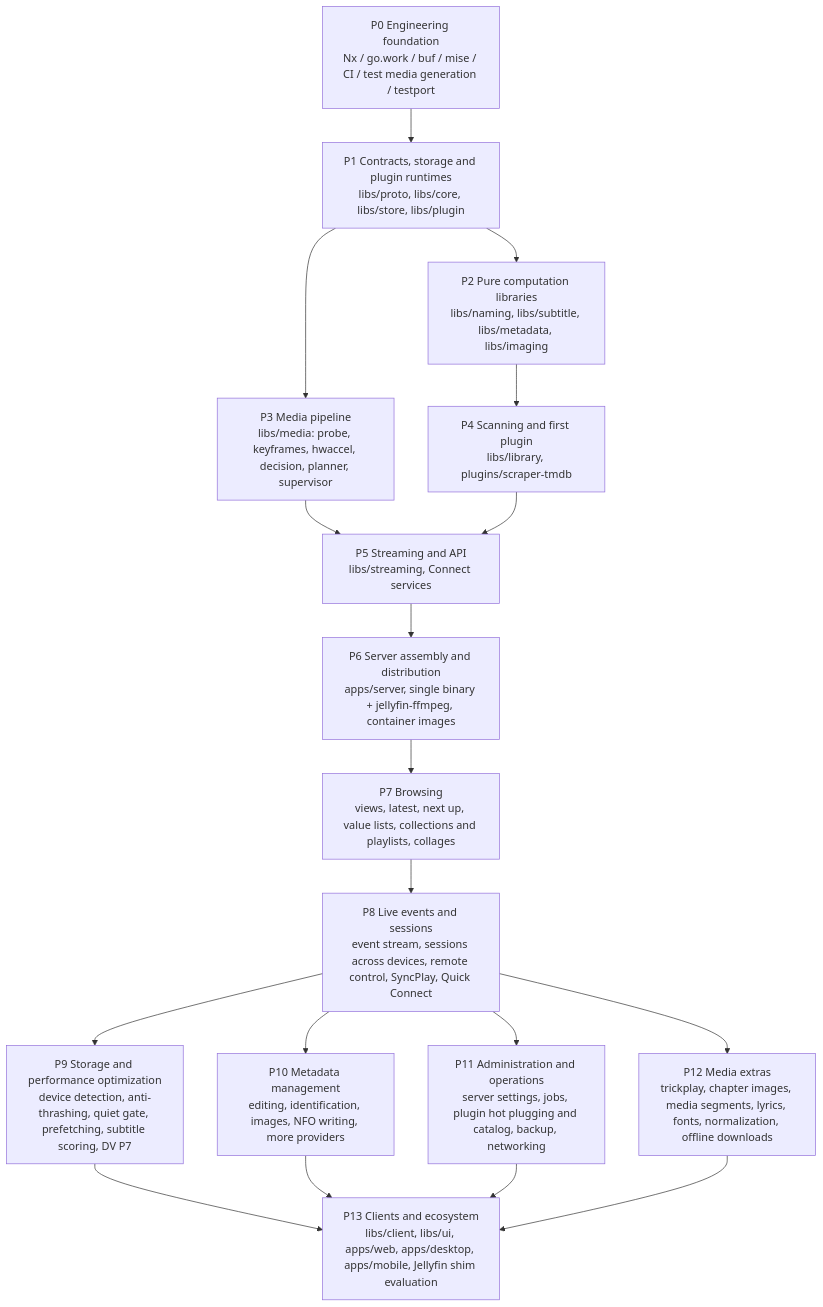
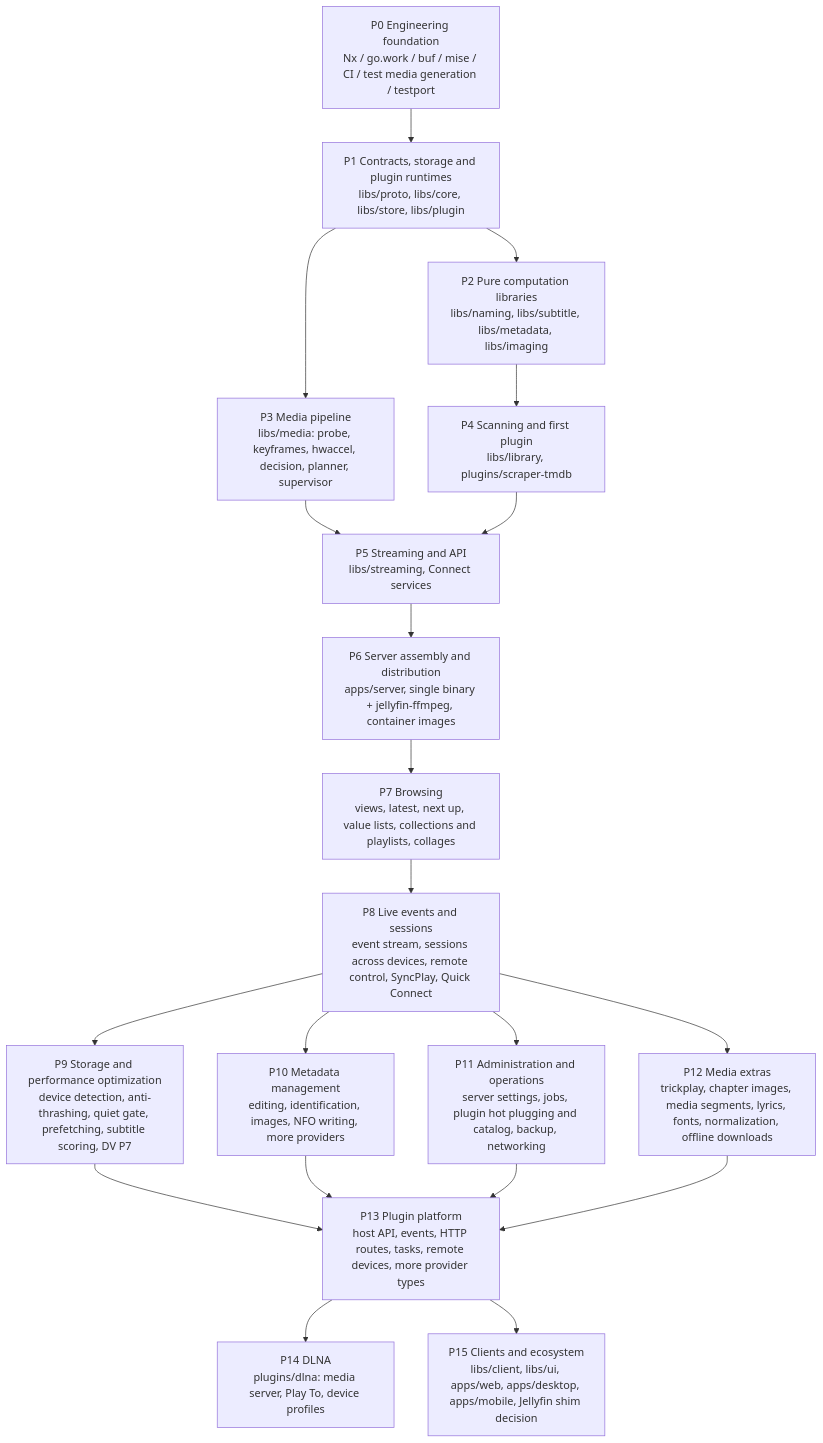
The diagram in docs/roadmap.md (mavioai/mavio), drawn with Mermaid before and after one commit. The commit also changed other lines of this file and 9 other files, not shown here.

First line of the commit message:
docs: plan the plugin platform and the DLNA plugin

````diff
--- a/docs/roadmap.md
+++ b/docs/roadmap.md
@@ -20,35 +20,39 @@
 ```mermaid
 flowchart TD
     P0["P0 Engineering foundation<br/>Nx / go.work / buf / mise / CI / test media generation / testport"]
     P1["P1 Contracts, storage and plugin runtimes<br/>libs/proto, libs/core, libs/store, libs/plugin"]
     P2["P2 Pure computation libraries<br/>libs/naming, libs/subtitle, libs/metadata, libs/imaging"]
     P3["P3 Media pipeline<br/>libs/media: probe, keyframes, hwaccel, decision, planner, supervisor"]
     P4["P4 Scanning and first plugin<br/>libs/library, plugins/scraper-tmdb"]
     P5["P5 Streaming and API<br/>libs/streaming, Connect services"]
     P6["P6 Server assembly and distribution<br/>apps/server, single binary + jellyfin-ffmpeg, container images"]
     P7["P7 Browsing<br/>views, latest, next up, value lists, collections and playlists, collages"]
     P8["P8 Live events and sessions<br/>event stream, sessions across devices, remote control, SyncPlay, Quick Connect"]
     P9["P9 Storage and performance optimization<br/>device detection, anti-thrashing, quiet gate, prefetching, subtitle scoring, DV P7"]
     P10["P10 Metadata management<br/>editing, identification, images, NFO writing, more providers"]
     P11["P11 Administration and operations<br/>server settings, jobs, plugin hot plugging and catalog, backup, networking"]
     P12["P12 Media extras<br/>trickplay, chapter images, media segments, lyrics, fonts, normalization, offline downloads"]
-    P13["P13 Clients and ecosystem<br/>libs/client, libs/ui, apps/web, apps/desktop, apps/mobile, Jellyfin shim evaluation"]
+    P13["P13 Plugin platform<br/>host API, events, HTTP routes, tasks, remote devices, more provider types"]
+    P14["P14 DLNA<br/>plugins/dlna: media server, Play To, device profiles"]
+    P15["P15 Clients and ecosystem<br/>libs/client, libs/ui, apps/web, apps/desktop, apps/mobile, Jellyfin shim decision"]
 
     P0 --> P1
     P1 --> P2
     P1 --> P3
     P2 --> P4
     P3 --> P5
     P4 --> P5
     P5 --> P6
     P6 --> P7
     P7 --> P8
     P8 --> P9
     P8 --> P10
     P8 --> P11
     P8 --> P12
     P9 --> P13
     P10 --> P13
     P11 --> P13
     P12 --> P13
+    P13 --> P14
+    P13 --> P15
 ```
````
